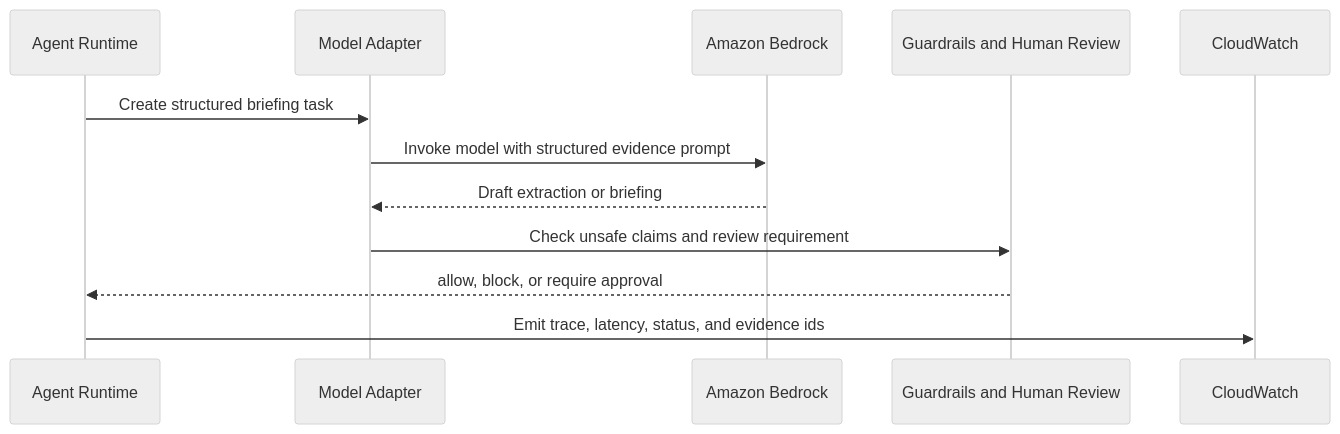
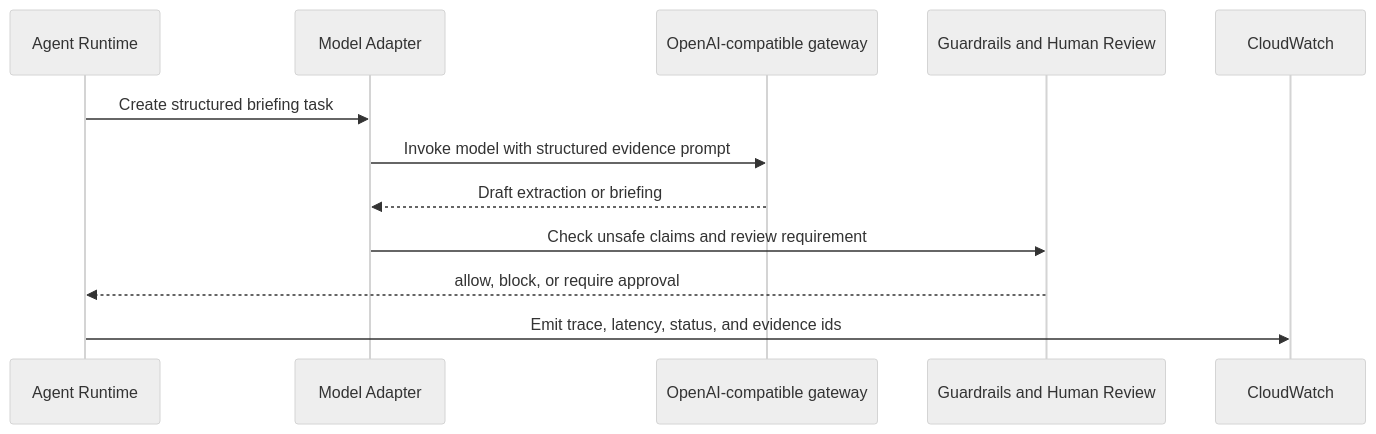
Before and after one commit to Capitano00/3D-RAMS: the sixth of 9 diagrams in docs/architecture.md, drawn with Mermaid (neutral theme). The commit also changed other lines of this file and 43 other files, not shown here.

Commit message:
Implement #70: Migrate live model path from Bedrock to OpenAI-compatible hosted gateway

````diff
--- a/docs/architecture.md
+++ b/docs/architecture.md
@@ -134,15 +134,15 @@
 ```mermaid
 sequenceDiagram
     participant A as Agent Runtime
     participant Adapter as Model Adapter
-    participant Bedrock as Amazon Bedrock
+    participant Gateway as OpenAI-compatible gateway
     participant Safety as Guardrails and Human Review
     participant Obs as CloudWatch
 
     A->>Adapter: Create structured briefing task
-    Adapter->>Bedrock: Invoke model with structured evidence prompt
-    Bedrock-->>Adapter: Draft extraction or briefing
+    Adapter->>Gateway: Invoke model with structured evidence prompt
+    Gateway-->>Adapter: Draft extraction or briefing
     Adapter->>Safety: Check unsafe claims and review requirement
     Safety-->>A: allow, block, or require approval
     A->>Obs: Emit trace, latency, status, and evidence ids
 ```
````
